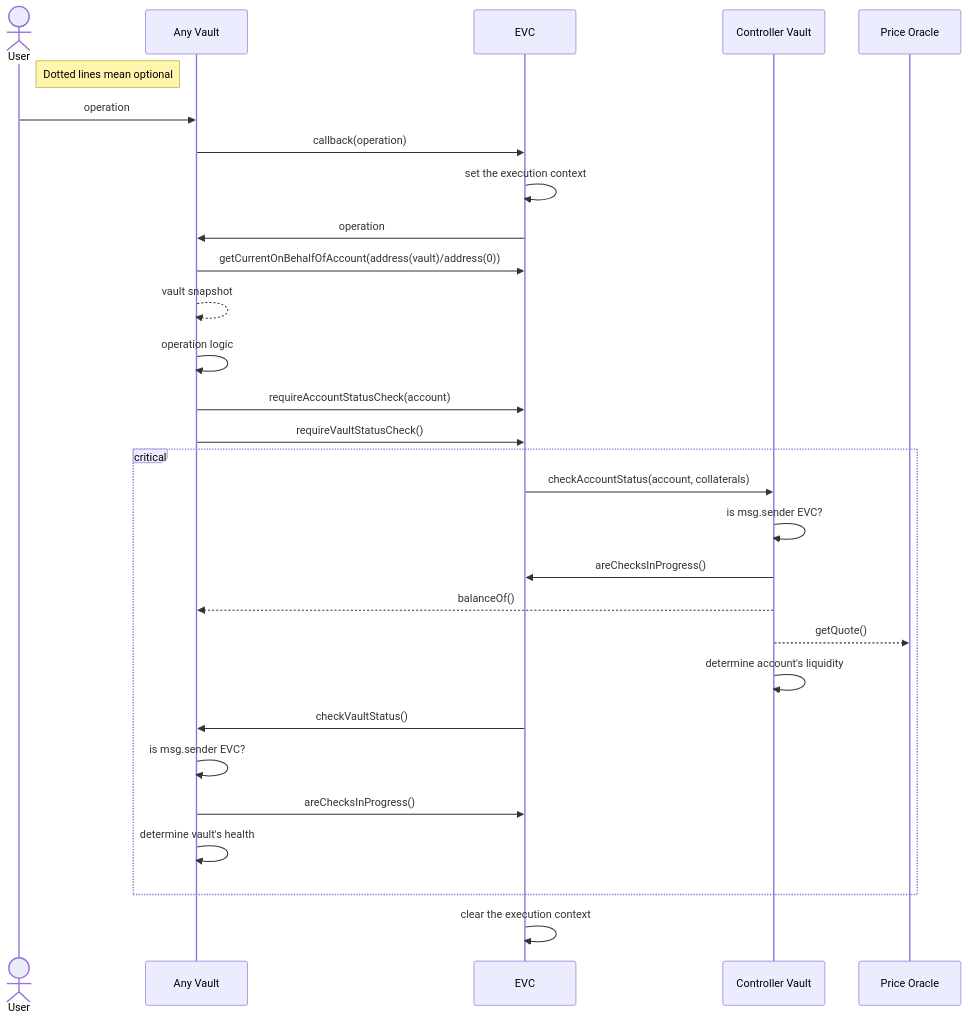
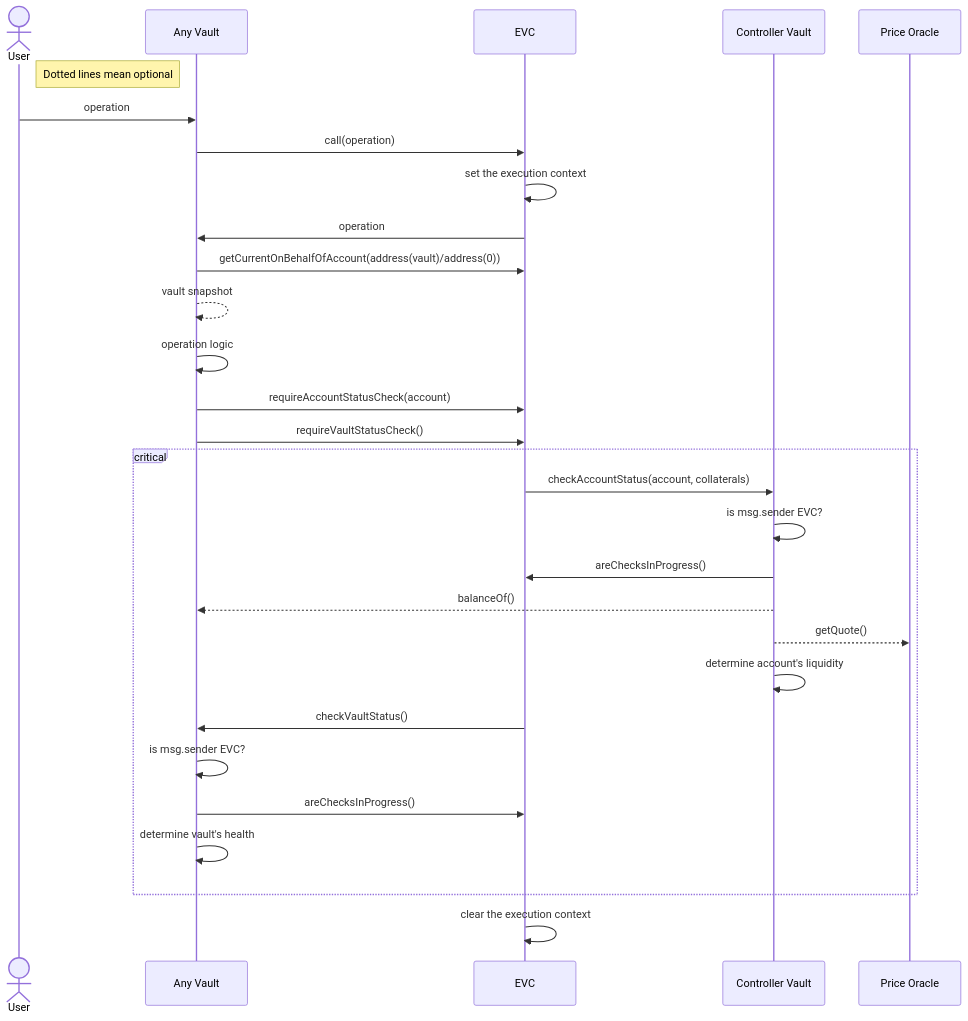
Before and after one commit to seinj0312/ethereum-vault-connector: the diagram in docs/diagrams/Direct Vault Interaction Sequence.md, drawn with Mermaid. The commit also changed 18 other files, not shown here.

Commit message:
feat: merge call and callback functionality, remove recoverRemainingETH

````diff
--- a/docs/diagrams/Direct Vault Interaction Sequence.md
+++ b/docs/diagrams/Direct Vault Interaction Sequence.md
@@ -1,35 +1,35 @@
 ```mermaid
 sequenceDiagram
     actor User
     Note right of User: Dotted lines mean optional
     participant Any Vault
     participant EVC
     participant Controller Vault
     participant Price Oracle
 
     User->>Any Vault: operation
-    Any Vault->>EVC: callback(operation)
+    Any Vault->>EVC: call(operation)
     EVC->>EVC: set the execution context
     EVC->>Any Vault: operation
     Any Vault->>EVC: getCurrentOnBehalfOfAccount(address(vault)/address(0))
     Any Vault-->>Any Vault: vault snapshot
     Any Vault->>Any Vault: operation logic
     Any Vault->>EVC: requireAccountStatusCheck(account)
     Any Vault->>EVC: requireVaultStatusCheck()
 
     critical
         EVC->>Controller Vault: checkAccountStatus(account, collaterals)
         Controller Vault->>Controller Vault: is msg.sender EVC?
         Controller Vault->>EVC: areChecksInProgress()
         Controller Vault-->>Any Vault: balanceOf()
         Controller Vault-->>Price Oracle: getQuote()
         Controller Vault->>Controller Vault: determine account's liquidity
 
         EVC->>Any Vault: checkVaultStatus()
         Any Vault->>Any Vault: is msg.sender EVC?
         Any Vault->>EVC: areChecksInProgress()
         Any Vault->>Any Vault: determine vault's health
     end
 
     EVC->>EVC: clear the execution context
 ```
````
